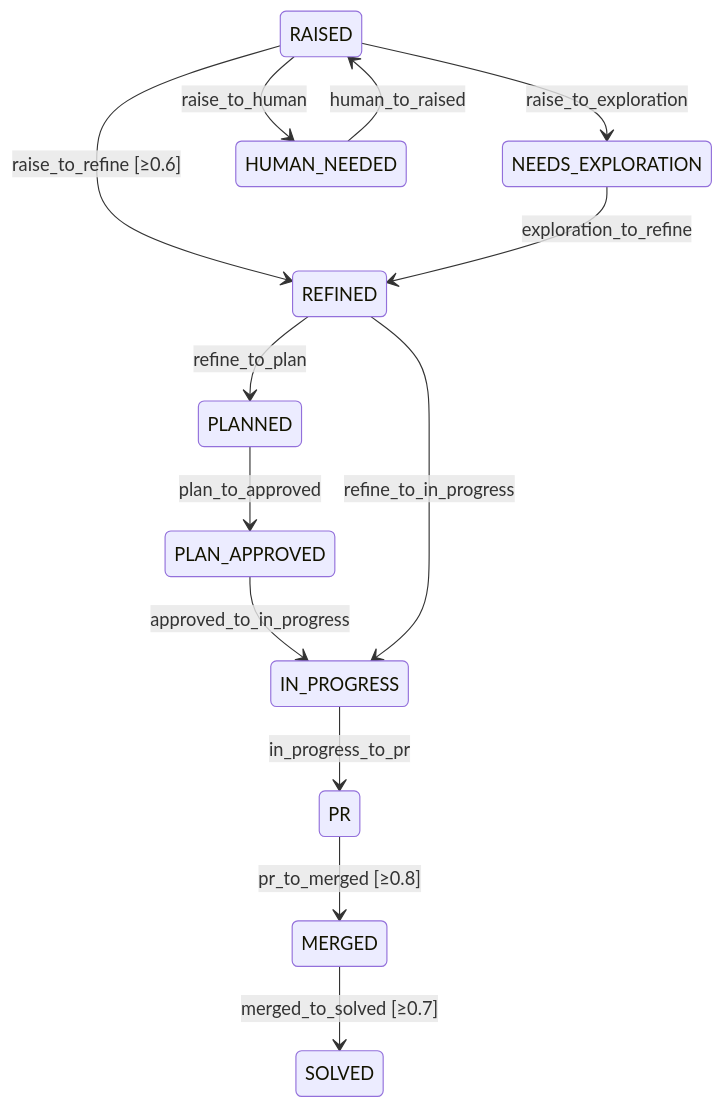
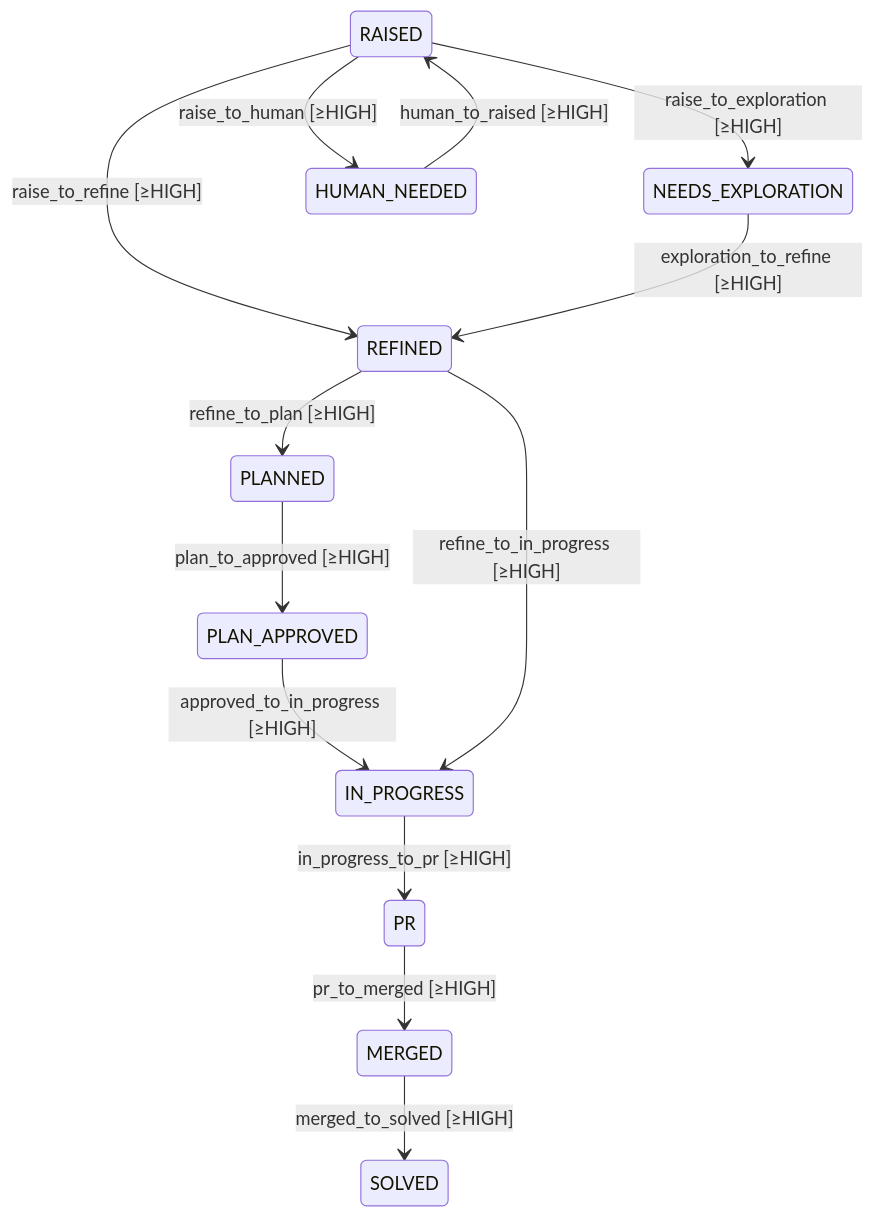
The first of 2 diagrams in docs/fsm.md (damien-robotsix/robotsix-cai), drawn with Mermaid before and after one commit. The commit also changed other lines of this file and 3 other files, not shown here.

````diff
--- a/docs/fsm.md
+++ b/docs/fsm.md
@@ -14,15 +14,15 @@
 ```mermaid
 stateDiagram-v2
-    RAISED --> REFINED : raise_to_refine [≥0.6]
-    RAISED --> NEEDS_EXPLORATION : raise_to_exploration
-    RAISED --> HUMAN_NEEDED : raise_to_human
-    REFINED --> PLANNED : refine_to_plan
-    PLANNED --> PLAN_APPROVED : plan_to_approved
-    PLAN_APPROVED --> IN_PROGRESS : approved_to_in_progress
-    REFINED --> IN_PROGRESS : refine_to_in_progress
-    IN_PROGRESS --> PR : in_progress_to_pr
-    PR --> MERGED : pr_to_merged [≥0.8]
-    MERGED --> SOLVED : merged_to_solved [≥0.7]
-    NEEDS_EXPLORATION --> REFINED : exploration_to_refine
-    HUMAN_NEEDED --> RAISED : human_to_raised
+    RAISED --> REFINED : raise_to_refine [≥HIGH]
+    RAISED --> NEEDS_EXPLORATION : raise_to_exploration [≥HIGH]
+    RAISED --> HUMAN_NEEDED : raise_to_human [≥HIGH]
+    REFINED --> PLANNED : refine_to_plan [≥HIGH]
+    PLANNED --> PLAN_APPROVED : plan_to_approved [≥HIGH]
+    PLAN_APPROVED --> IN_PROGRESS : approved_to_in_progress [≥HIGH]
+    REFINED --> IN_PROGRESS : refine_to_in_progress [≥HIGH]
+    IN_PROGRESS --> PR : in_progress_to_pr [≥HIGH]
+    PR --> MERGED : pr_to_merged [≥HIGH]
+    MERGED --> SOLVED : merged_to_solved [≥HIGH]
+    NEEDS_EXPLORATION --> REFINED : exploration_to_refine [≥HIGH]
+    HUMAN_NEEDED --> RAISED : human_to_raised [≥HIGH]
 ```
````
